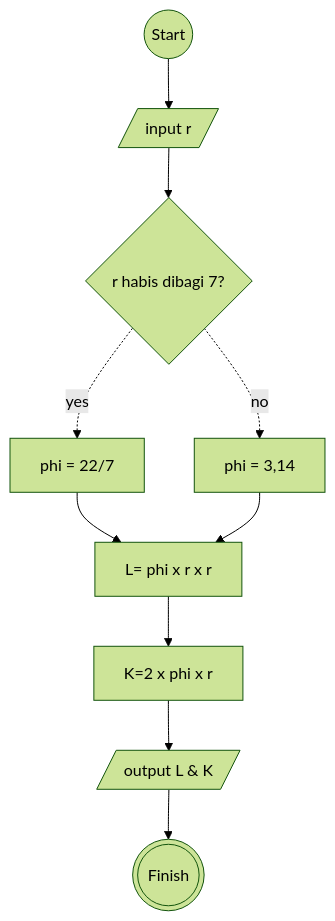
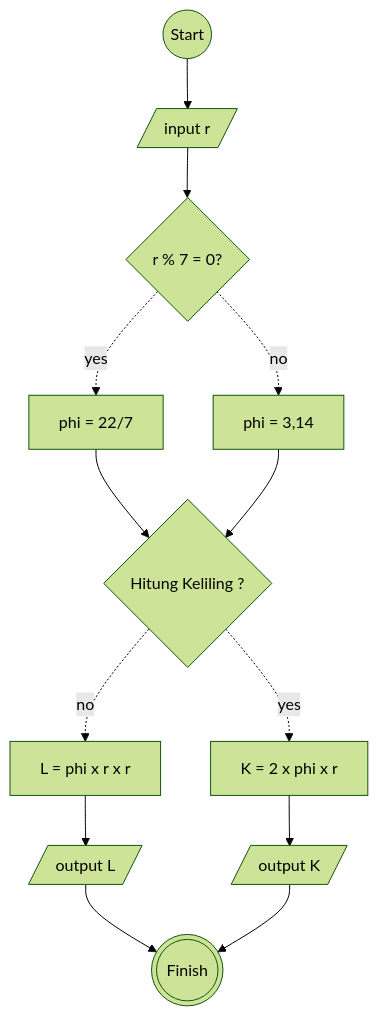
One commit to bando9/koda-b1-algoritm changed the diagram in koda-b1-minitask3-algoritm.md. Above: the diagram before and after it, drawn with Mermaid (forest theme).

Commit message:
fix minitask 3

````diff
--- a/koda-b1-minitask3-algoritm.md
+++ b/koda-b1-minitask3-algoritm.md
@@ -16,35 +16,40 @@
 ```mermaid
 
 flowchart TD
 
     start((Start))
 
     input[/input r /]
 
-    dec1{r habis dibagi 7?}
+    dec1{r % 7 = 0?}
 
     proc3[phi = 3,14]
     proc4[phi = 22/7]
 
-    proc1["L= phi x r x r"]
+    dec2{Hitung Keliling ?}
 
+    proc1[L = phi x r x r]
 
-    proc2[K=2 x phi x r]
+    proc2[K = 2 x phi x r]
 
-    out1[/output L & K/]
+    out1[/output L/]
+    out2[/output K/]
 
     finish(((Finish)))
 
 
 start --> input
 input --> dec1
 dec1 -. yes .->proc4
 dec1 -. no .->proc3
-proc4-->proc1
-proc3-->proc1
-proc1 --> proc2
-proc2 --> out1
---> finish
+proc4-->dec2
+proc3-->dec2
+dec2 -.no .->proc1
+dec2 -. yes .-> proc2
+proc1 --> out1
+proc2 --> out2
+out1 --> finish
+out2 --> finish
 
 
 ```
````
